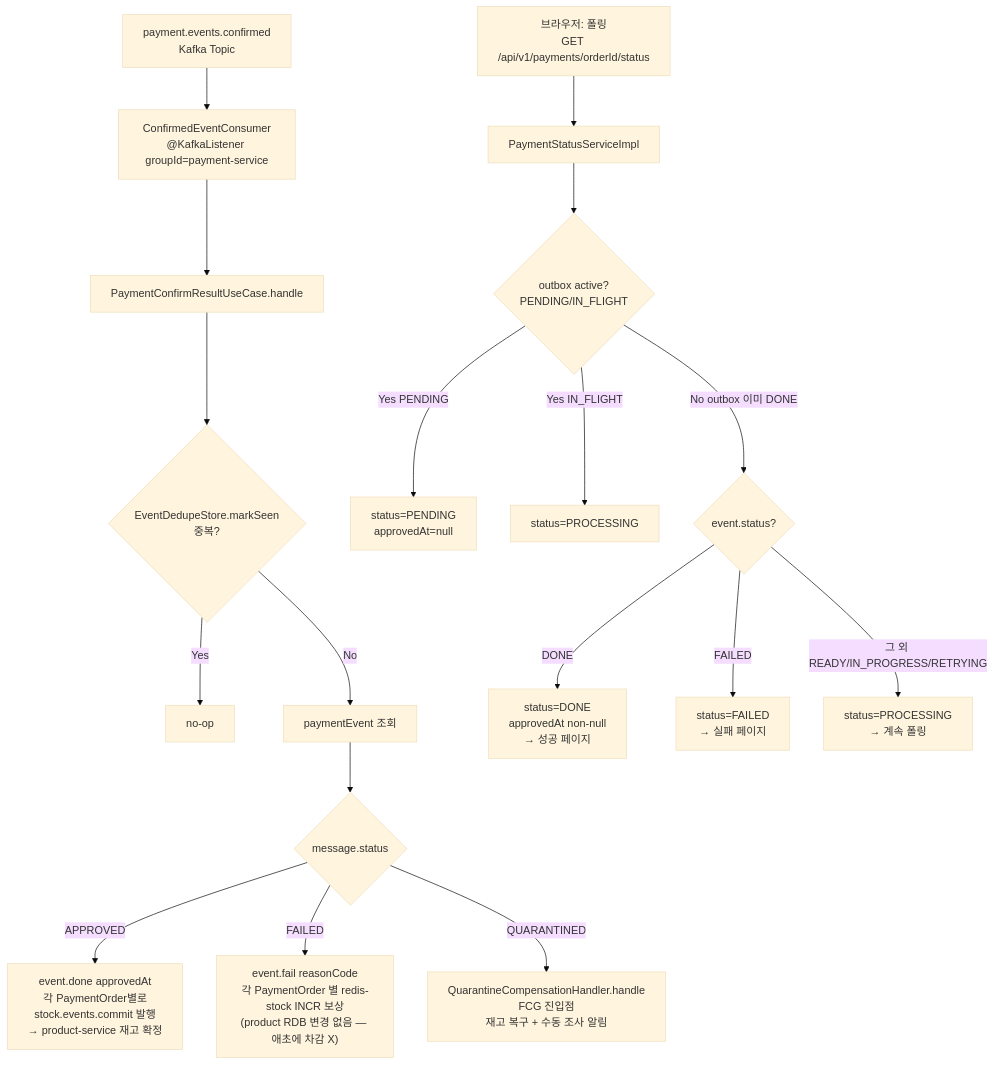
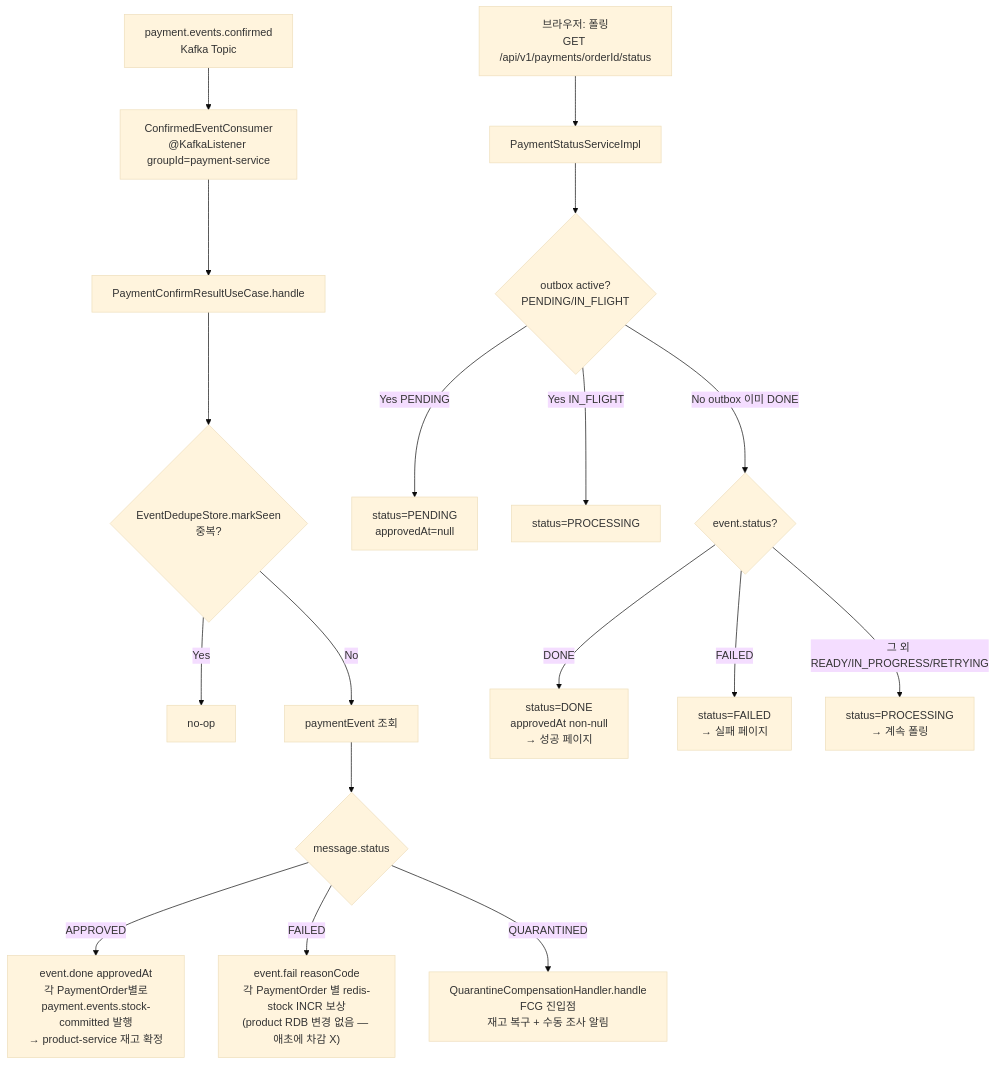
One commit to hyoguoo/payment-platform changed the fifth of 5 diagrams in docs/context/PAYMENT-FLOW.md. Above: the diagram before and after it, drawn with Mermaid (base theme). The commit also changed other lines of this file and 185 other files, not shown here.

First line of the commit message:
docs: 워크플로우 식별자 / ADR 키워드 / 폐기 클래스 잔재 일괄 정리

````diff
--- a/docs/context/PAYMENT-FLOW.md
+++ b/docs/context/PAYMENT-FLOW.md
@@ -109,21 +109,21 @@
 ```mermaid
 flowchart TD
     AA["payment.events.confirmed<br/>Kafka Topic"] --> AB["ConfirmedEventConsumer<br/>@KafkaListener groupId=payment-service"]
     AB --> AC["PaymentConfirmResultUseCase.handle"]
     AC --> AC1{"EventDedupeStore.markSeen<br/>중복?"}
     AC1 -->|Yes| AC1a["no-op"]
     AC1 -->|No| AC2["paymentEvent 조회"]
     AC2 --> AD{"message.status"}
-    AD -->|APPROVED| AE1["event.done approvedAt<br/>각 PaymentOrder별로<br/>stock.events.commit 발행<br/>→ product-service 재고 확정"]
+    AD -->|APPROVED| AE1["event.done approvedAt<br/>각 PaymentOrder별로<br/>payment.events.stock-committed 발행<br/>→ product-service 재고 확정"]
     AD -->|FAILED| AE2["event.fail reasonCode<br/>각 PaymentOrder 별 redis-stock INCR 보상<br/>(product RDB 변경 없음 — 애초에 차감 X)"]
     AD -->|QUARANTINED| AE3["QuarantineCompensationHandler.handle<br/>FCG 진입점<br/>재고 복구 + 수동 조사 알림"]
 
     AF["브라우저: 폴링<br/>GET /api/v1/payments/orderId/status"] --> AG["PaymentStatusServiceImpl"]
     AG --> AG1{"outbox active?<br/>PENDING/IN_FLIGHT"}
     AG1 -->|Yes PENDING| AG1a["status=PENDING<br/>approvedAt=null"]
     AG1 -->|Yes IN_FLIGHT| AG1b["status=PROCESSING"]
     AG1 -->|No outbox 이미 DONE| AG2{"event.status?"}
     AG2 -->|DONE| AH1["status=DONE<br/>approvedAt non-null<br/>→ 성공 페이지"]
     AG2 -->|FAILED| AH2["status=FAILED<br/>→ 실패 페이지"]
     AG2 -->|"그 외 READY/IN_PROGRESS/RETRYING"| AH3["status=PROCESSING<br/>→ 계속 폴링"]
 ```
````
